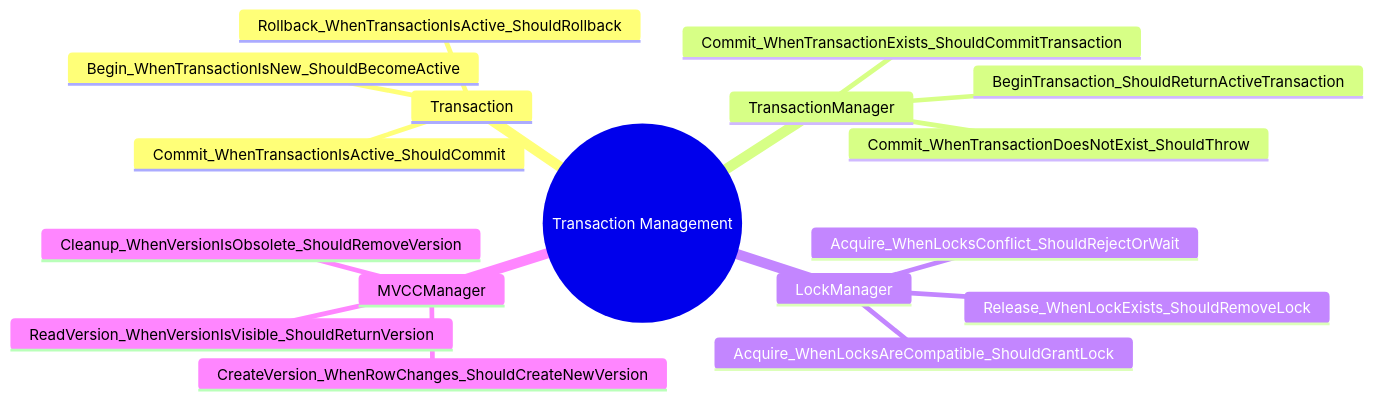
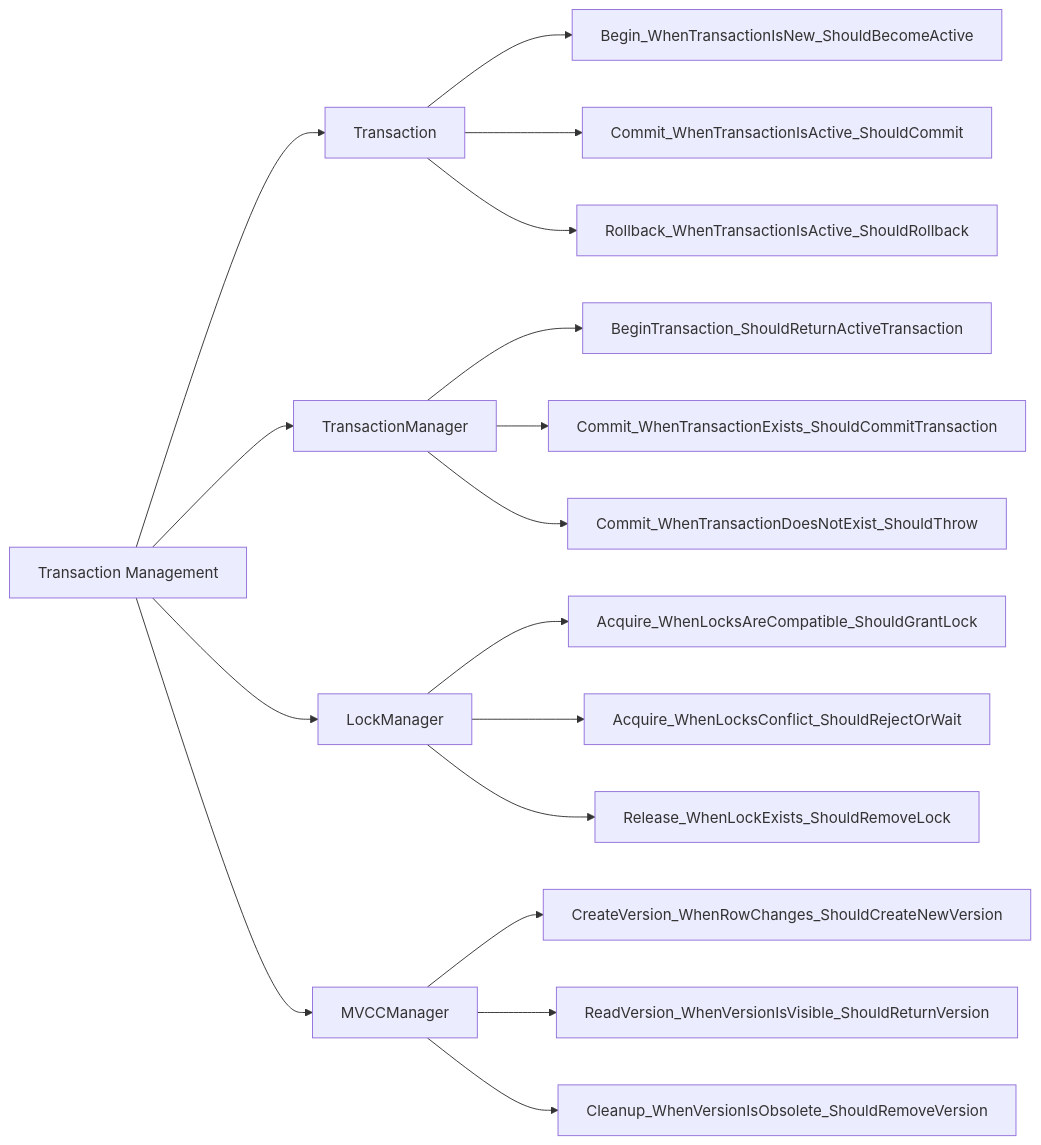
One commit to manaxpow/DBMS changed diagram 13 of 19 in README.md. Above: the diagram before and after it, drawn with Mermaid. The commit also changed other lines of this file and 84 other files, not shown here.

````diff
--- a/README.md
+++ b/README.md
@@ -353,20 +395,22 @@
 ```mermaid
-mindmap
-  root((Transaction Management))
-    Transaction
-      Begin_WhenTransactionIsNew_ShouldBecomeActive
-      Commit_WhenTransactionIsActive_ShouldCommit
-      Rollback_WhenTransactionIsActive_ShouldRollback
-    TransactionManager
-      BeginTransaction_ShouldReturnActiveTransaction
-      Commit_WhenTransactionExists_ShouldCommitTransaction
-      Commit_WhenTransactionDoesNotExist_ShouldThrow
-    LockManager
-      Acquire_WhenLocksAreCompatible_ShouldGrantLock
-      Acquire_WhenLocksConflict_ShouldRejectOrWait
-      Release_WhenLockExists_ShouldRemoveLock
-    MVCCManager
-      CreateVersion_WhenRowChanges_ShouldCreateNewVersion
-      ReadVersion_WhenVersionIsVisible_ShouldReturnVersion
-      Cleanup_WhenVersionIsObsolete_ShouldRemoveVersion
+flowchart LR
+    Subsystem[Transaction Management] --> Transaction
+    Transaction --> Begin_WhenTransactionIsNew_ShouldBecomeActive
+    Transaction --> Commit_WhenTransactionIsActive_ShouldCommit
+    Transaction --> Rollback_WhenTransactionIsActive_ShouldRollback
+    
+    Subsystem --> TransactionManagerClass[TransactionManager]
+    TransactionManagerClass --> BeginTransaction_ShouldReturnActiveTransaction
+    TransactionManagerClass --> Commit_WhenTransactionExists_ShouldCommitTransaction
+    TransactionManagerClass --> Commit_WhenTransactionDoesNotExist_ShouldThrow
+    
+    Subsystem --> LockManager
+    LockManager --> Acquire_WhenLocksAreCompatible_ShouldGrantLock
+    LockManager --> Acquire_WhenLocksConflict_ShouldRejectOrWait
+    LockManager --> Release_WhenLockExists_ShouldRemoveLock
+    
+    Subsystem --> MVCCManager
+    MVCCManager --> CreateVersion_WhenRowChanges_ShouldCreateNewVersion
+    MVCCManager --> ReadVersion_WhenVersionIsVisible_ShouldReturnVersion
+    MVCCManager --> Cleanup_WhenVersionIsObsolete_ShouldRemoveVersion
 ```
````
